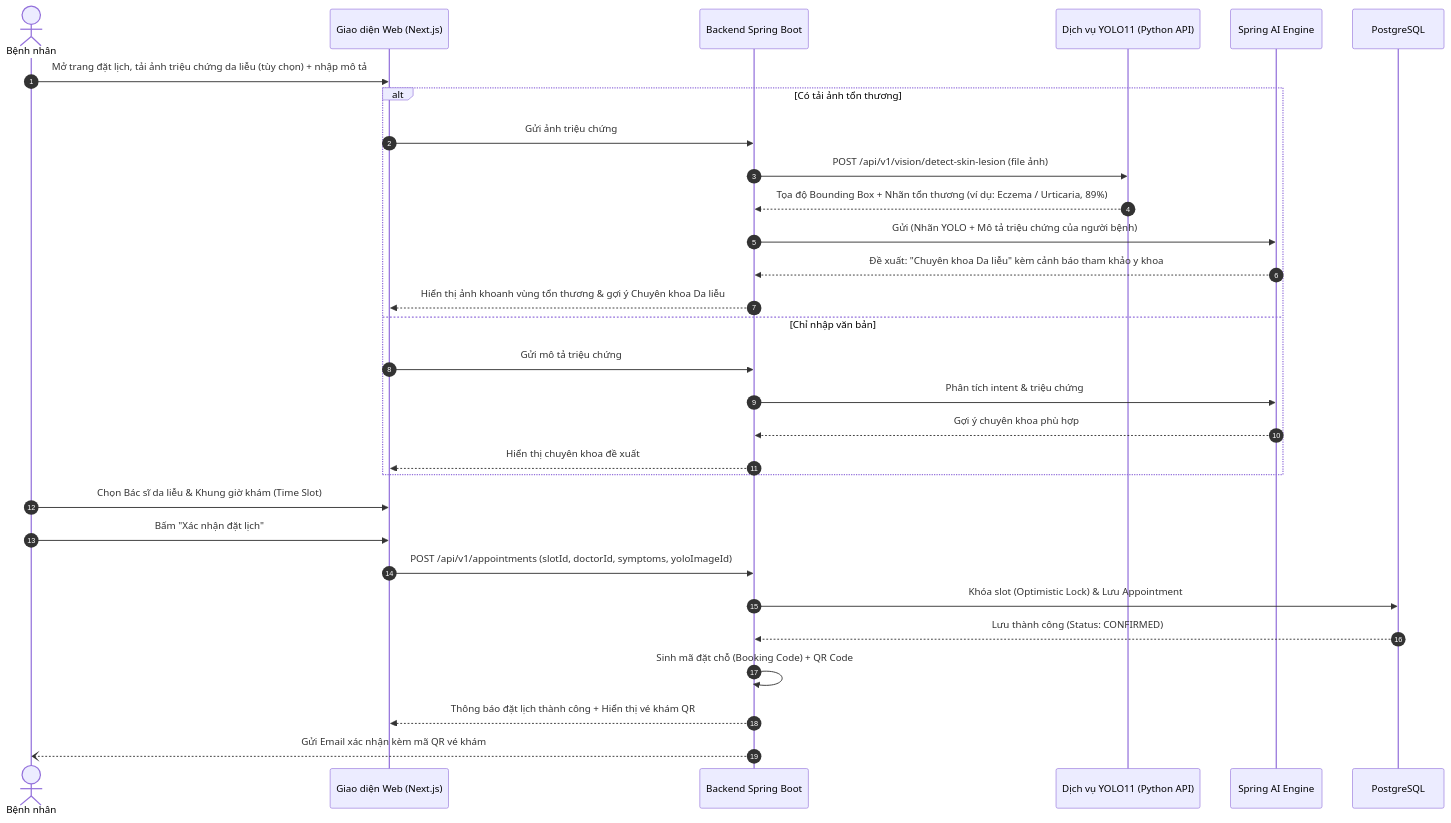
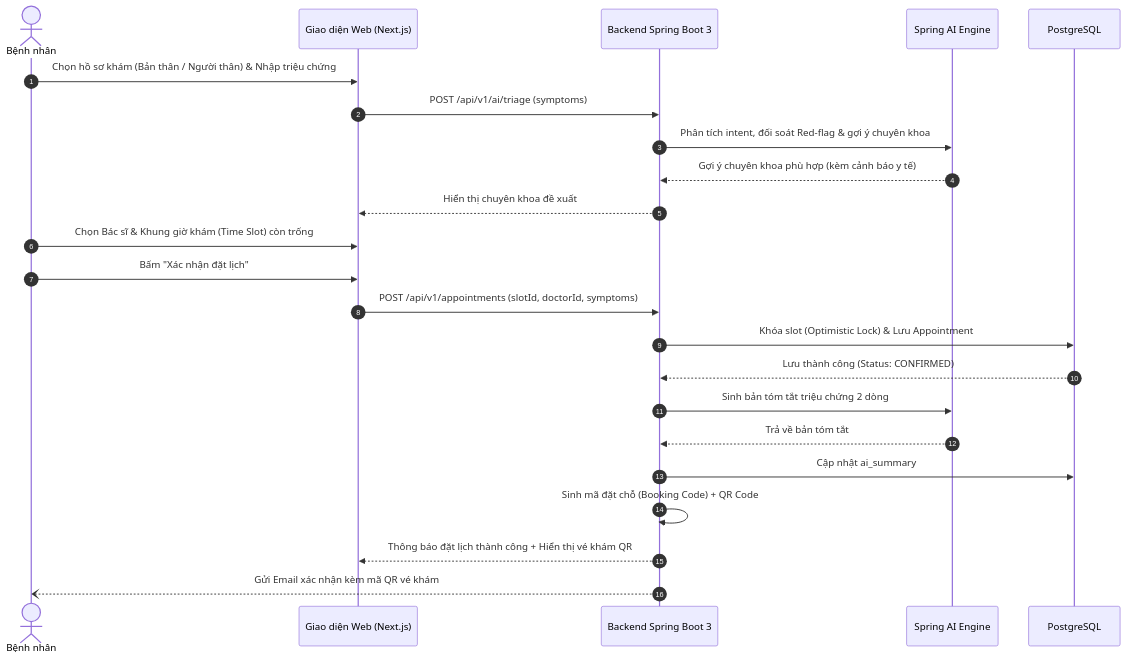
Before and after one commit to kietphuchau-create/KeHoach_Js2: the first of 3 diagrams in De_Xuat_Du_An_MedSched_Nhom.md, drawn with Mermaid. The commit also changed other lines of this file and 16 other files, not shown here.

Commit message:
feat: initialize database schema and add comprehensive project requirement documentation

````diff
--- a/De_Xuat_Du_An_MedSched_Nhom.md
+++ b/De_Xuat_Du_An_MedSched_Nhom.md
@@ -80,33 +77,26 @@
 ```mermaid
 sequenceDiagram
     autonumber
     actor Patient as Bệnh nhân
     participant UI as Giao diện Web (Next.js)
-    participant BE as Backend Spring Boot
-    participant YOLO as Dịch vụ YOLO11 (Python API)
+    participant BE as Backend Spring Boot 3
     participant AI as Spring AI Engine
     participant DB as PostgreSQL
 
-    Patient->>UI: Mở trang đặt lịch, tải ảnh triệu chứng da liễu (tùy chọn) + nhập mô tả
-    alt Có tải ảnh tổn thương
-        UI->>BE: Gửi ảnh triệu chứng
-        BE->>YOLO: POST /api/v1/vision/detect-skin-lesion (file ảnh)
-        YOLO-->>BE: Tọa độ Bounding Box + Nhãn tổn thương (ví dụ: Eczema / Urticaria, 89%)
-        BE->>AI: Gửi (Nhãn YOLO + Mô tả triệu chứng của người bệnh)
-        AI-->>BE: Đề xuất: "Chuyên khoa Da liễu" kèm cảnh báo tham khảo y khoa
-        BE-->>UI: Hiển thị ảnh khoanh vùng tổn thương & gợi ý Chuyên khoa Da liễu
-    else Chỉ nhập văn bản
-        UI->>BE: Gửi mô tả triệu chứng
-        BE->>AI: Phân tích intent & triệu chứng
-        AI-->>BE: Gợi ý chuyên khoa phù hợp
-        BE-->>UI: Hiển thị chuyên khoa đề xuất
-    end
-    Patient->>UI: Chọn Bác sĩ da liễu & Khung giờ khám (Time Slot)
+    Patient->>UI: Chọn hồ sơ khám (Bản thân / Người thân) & Nhập triệu chứng
+    UI->>BE: POST /api/v1/ai/triage (symptoms)
+    BE->>AI: Phân tích intent, đối soát Red-flag & gợi ý chuyên khoa
+    AI-->>BE: Gợi ý chuyên khoa phù hợp (kèm cảnh báo y tế)
+    BE-->>UI: Hiển thị chuyên khoa đề xuất
+    Patient->>UI: Chọn Bác sĩ & Khung giờ khám (Time Slot) còn trống
     Patient->>UI: Bấm "Xác nhận đặt lịch"
-    UI->>BE: POST /api/v1/appointments (slotId, doctorId, symptoms, yoloImageId)
+    UI->>BE: POST /api/v1/appointments (slotId, doctorId, symptoms)
     BE->>DB: Khóa slot (Optimistic Lock) & Lưu Appointment
     DB-->>BE: Lưu thành công (Status: CONFIRMED)
+    BE->>AI: Sinh bản tóm tắt triệu chứng 2 dòng
+    AI-->>BE: Trả về bản tóm tắt
+    BE->>DB: Cập nhật ai_summary
     BE->>BE: Sinh mã đặt chỗ (Booking Code) + QR Code
     BE-->>UI: Thông báo đặt lịch thành công + Hiển thị vé khám QR
     BE--)Patient: Gửi Email xác nhận kèm mã QR vé khám
 ```
````
